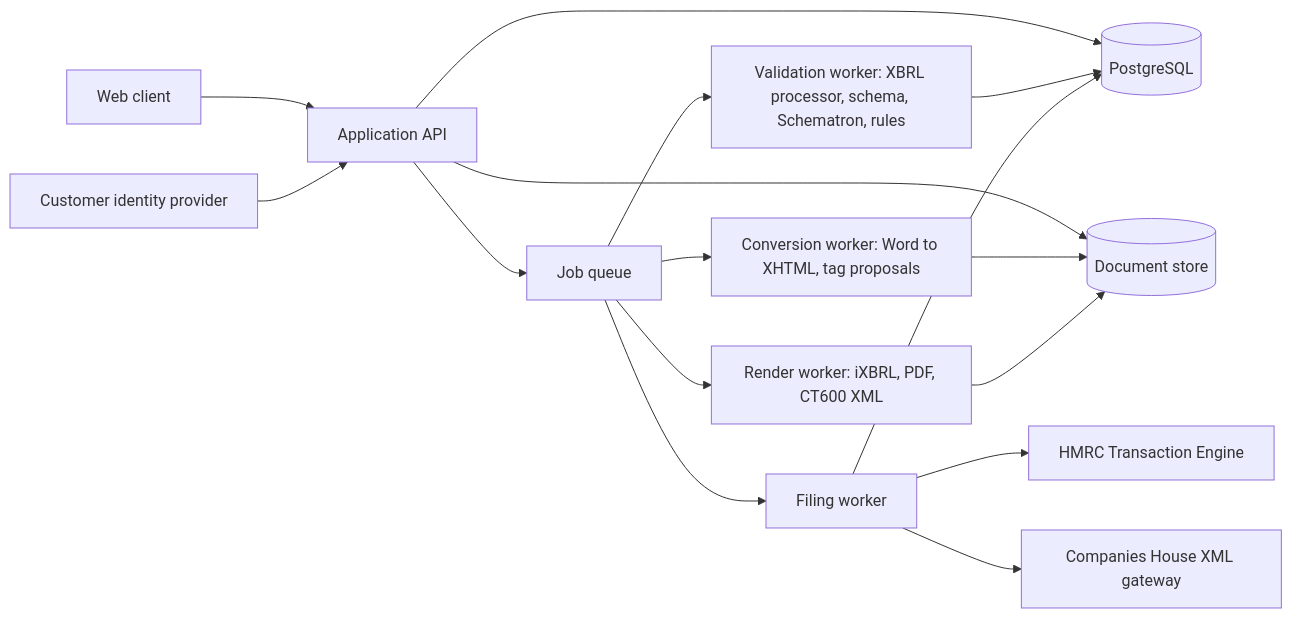
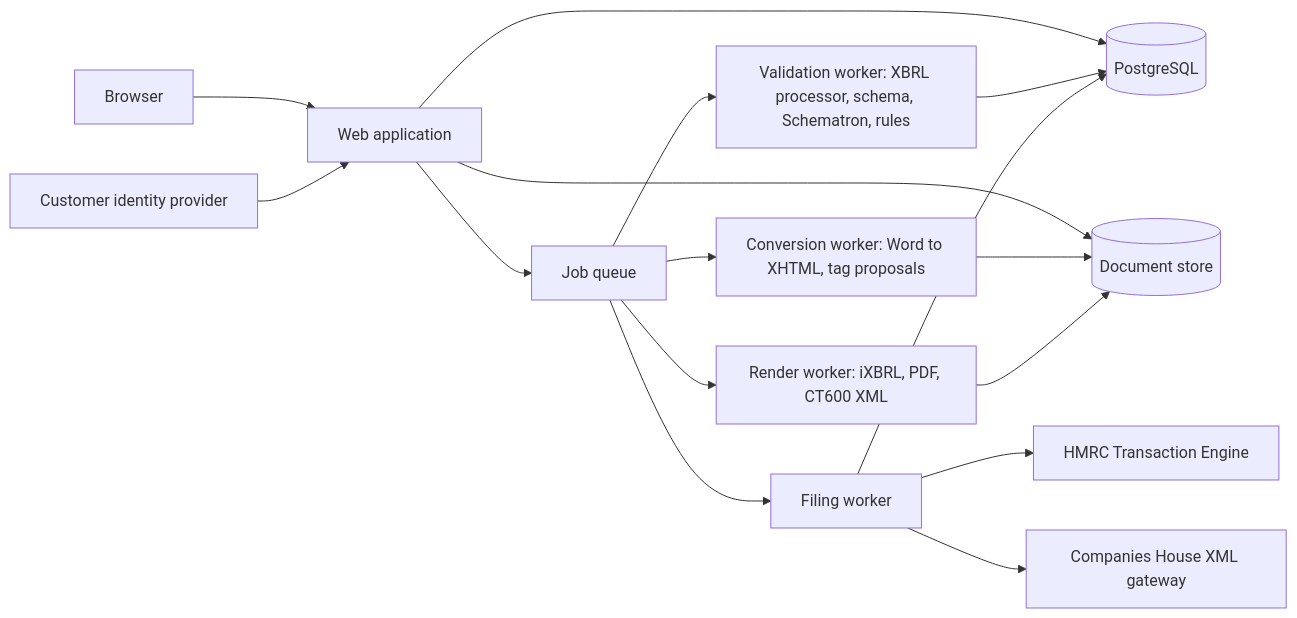
One commit to thomasmead-alt/Xbrl changed the third of 3 diagrams in SPECIFICATION.md. Above: the diagram before and after it, drawn with Mermaid. The commit also changed other lines of this file, not shown here.

````diff
--- a/SPECIFICATION.md
+++ b/SPECIFICATION.md
@@ -614,18 +614,18 @@
 ```mermaid
 flowchart LR
-    UI[Web client] --> API[Application API]
+    UI[Browser] --> API[Web application]
     IdP[Customer identity provider] --> API
     API --> DB[(PostgreSQL)]
     API --> Store[(Document store)]
     API --> Queue[Job queue]
     Queue --> Convert[Conversion worker: Word to XHTML, tag proposals]
     Queue --> Render[Render worker: iXBRL, PDF, CT600 XML]
     Queue --> Validate[Validation worker: XBRL processor, schema, Schematron, rules]
     Queue --> File[Filing worker]
     File --> HMRC[HMRC Transaction Engine]
     File --> CH[Companies House XML gateway]
     Convert --> Store
     Render --> Store
     Validate --> DB
     File --> DB
 ```
````
